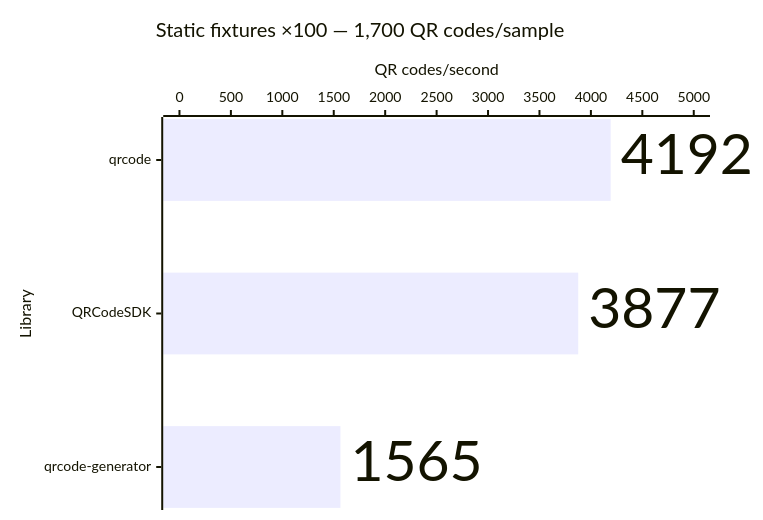
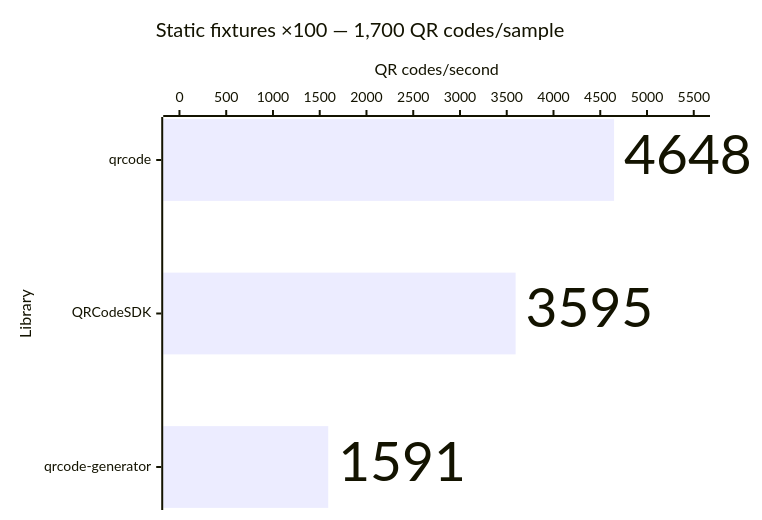
Before and after one commit to Dafnik/qrcodesdk: the tenth of 14 diagrams in apps/docs/src/content/docs/learn/performance.md, drawn with Mermaid. The commit also changed other lines of this file and 381 other files, not shown here.

````diff
--- a/apps/docs/src/content/docs/learn/performance.md
+++ b/apps/docs/src/content/docs/learn/performance.md
@@ -214,15 +214,15 @@
 ```mermaid
 ---
 config:
   xyChart:
     showDataLabel: true
     showDataLabelOutsideBar: true
 ---
 xychart horizontal
   accTitle: SVG generation: Static fixtures ×100 — 1,700 QR codes/sample
-  accDescr: Throughput calculated from median time. qrcode 4,192 QR codes per second, QRCodeSDK 3,877 QR codes per second, qrcode-generator 1,565 QR codes per second. Higher is better.
+  accDescr: Throughput calculated from median time. qrcode 4,648 QR codes per second, QRCodeSDK 3,595 QR codes per second, qrcode-generator 1,591 QR codes per second. Higher is better.
   title "Static fixtures ×100 — 1,700 QR codes/sample"
   x-axis "Library" ["qrcode", "QRCodeSDK", "qrcode-generator"]
-  y-axis "QR codes/second" 0 --> 5000
-  bar [4192, 3877, 1565]
+  y-axis "QR codes/second" 0 --> 5500
+  bar [4648, 3595, 1591]
 ```
````
